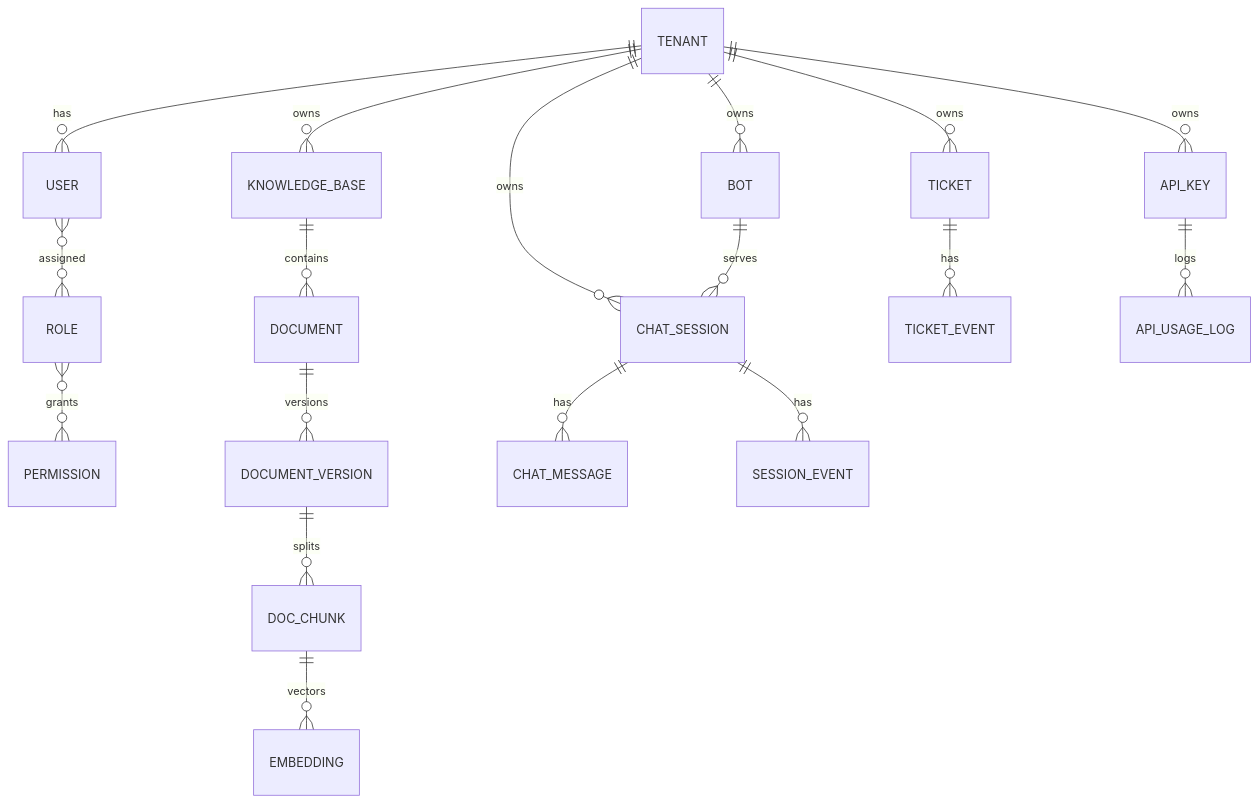
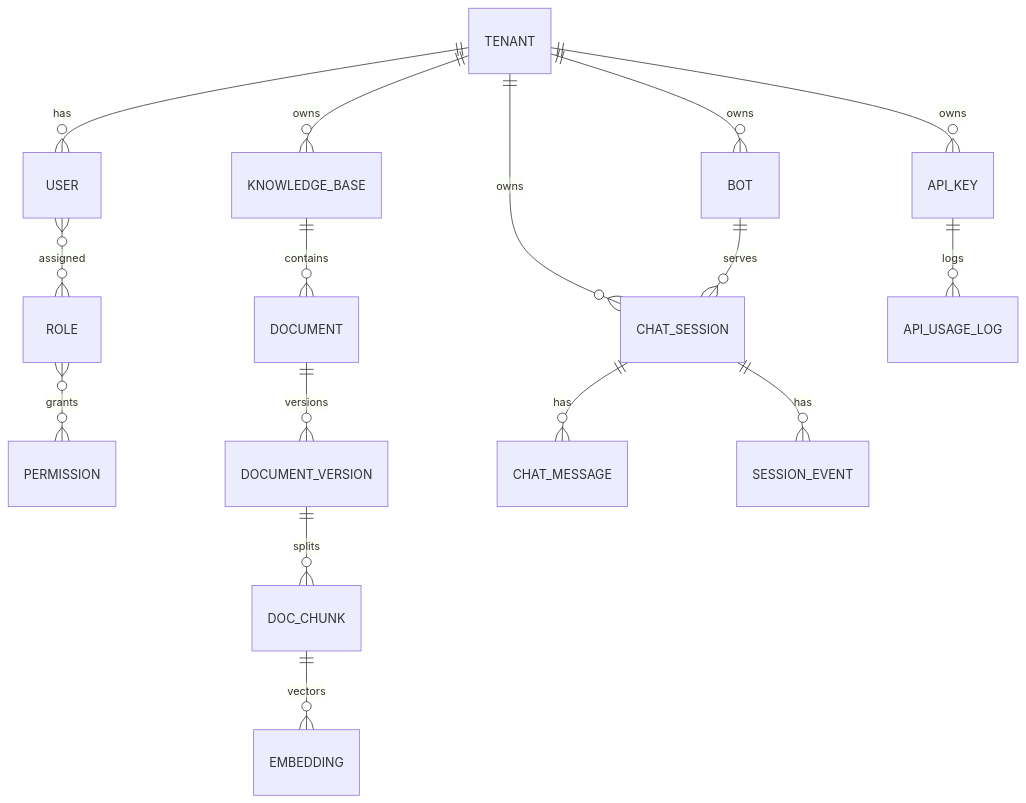
One commit to ZTH7/RAGDesk changed the diagram in docs/DataModel.md. Above: the diagram before and after it, drawn with Mermaid. The commit also changed other lines of this file and 20 other files, not shown here.

````diff
--- a/docs/DataModel.md
+++ b/docs/DataModel.md
@@ -8,24 +8,22 @@
 ```mermaid
 erDiagram
 TENANT ||--o{ USER : has
 TENANT ||--o{ BOT : owns
 TENANT ||--o{ KNOWLEDGE_BASE : owns
 TENANT ||--o{ API_KEY : owns
 TENANT ||--o{ CHAT_SESSION : owns
-TENANT ||--o{ TICKET : owns
 
 USER }o--o{ ROLE : assigned
 ROLE }o--o{ PERMISSION : grants
 
 KNOWLEDGE_BASE ||--o{ DOCUMENT : contains
 DOCUMENT ||--o{ DOCUMENT_VERSION : versions
 DOCUMENT_VERSION ||--o{ DOC_CHUNK : splits
 DOC_CHUNK ||--o{ EMBEDDING : vectors
 
 CHAT_SESSION ||--o{ CHAT_MESSAGE : has
 CHAT_SESSION ||--o{ SESSION_EVENT : has
-TICKET ||--o{ TICKET_EVENT : has
 
 BOT ||--o{ CHAT_SESSION : serves
 API_KEY ||--o{ API_USAGE_LOG : logs
 ```
````
